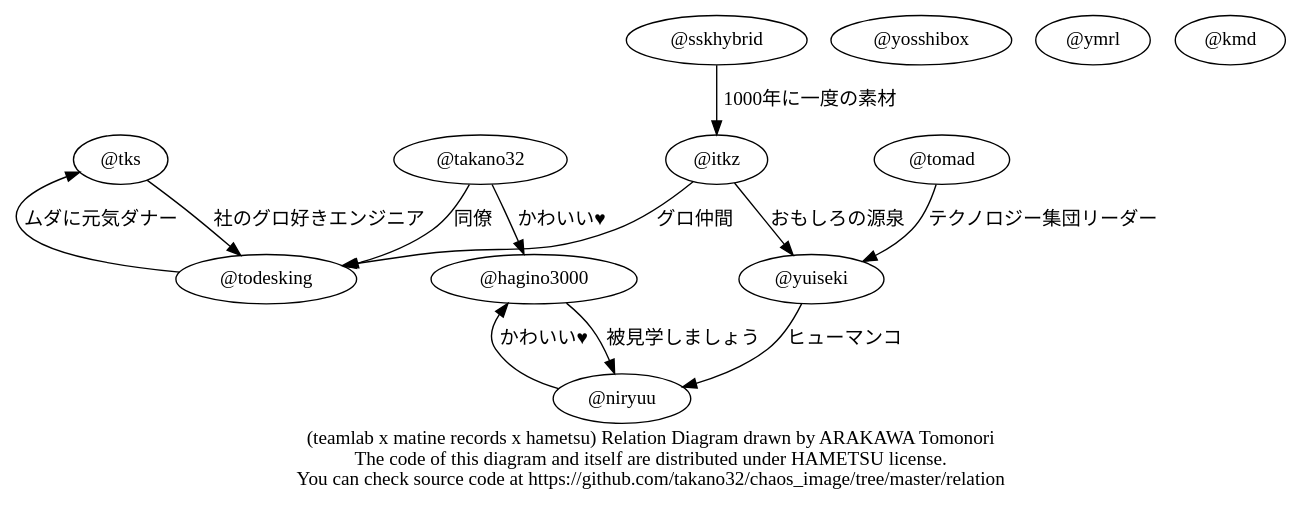
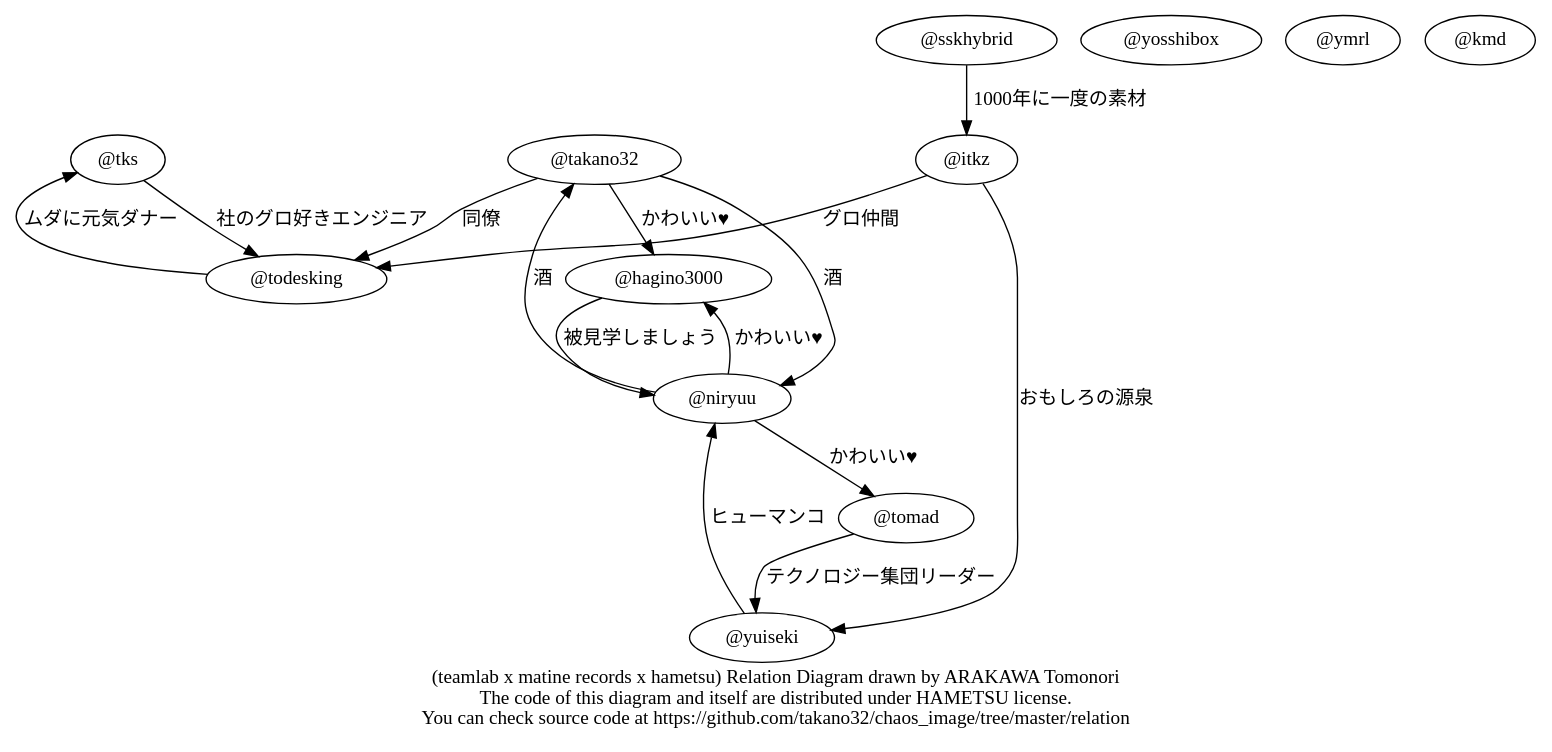
The diagram in relation/hameatsudo.dot (hametsu/chaos_image), drawn with Graphviz before and after one commit.

```diff
--- a/relation/hameatsudo.dot
+++ b/relation/hameatsudo.dot
@@ -1,19 +1,22 @@
 digraph Hameatsudo {
   graph [concentrate = true];
   overlap=orthoxy;
   "@tks" -> "@todesking" [label = "社のグロ好きエンジニア"];
   "@takano32" -> "@todesking" [label = "同僚"];
   "@takano32" -> "@hagino3000" [label = "かわいい♥"];
   "@todesking" -> "@tks" [label = "ムダに元気ダナー"];
   "@tomad" -> "@yuiseki" [label = "テクノロジー集団リーダー"];
   "@yosshibox"
   "@sskhybrid" -> "@itkz" [label = "1000年に一度の素材"];
   "@ymrl"
   "@niryuu" -> "@hagino3000" [label = "かわいい♥"];
+  "@niryuu" -> "@tomad" [label = "かわいい♥"];
+  "@niryuu" -> "@takano32" [label = "酒"];
+  "@takano32" -> "@niryuu" [label = "酒"];
   "@itkz" -> "@todesking" [label = "グロ仲間"];
   "@itkz" -> "@yuiseki" [label = "おもしろの源泉"];
   "@yuiseki" -> "@niryuu" [label = "ヒューマンコ"];
   "@hagino3000" -> "@niryuu" [label = "被見学しましょう"];
   "@kmd"
   label = "(teamlab x matine records x hametsu) Relation Diagram drawn by ARAKAWA Tomonori\nThe code of this diagram and itself are distributed under HAMETSU license.\nYou can check source code at https://github.com/takano32/chaos_image/tree/master/relation";
 }
```
